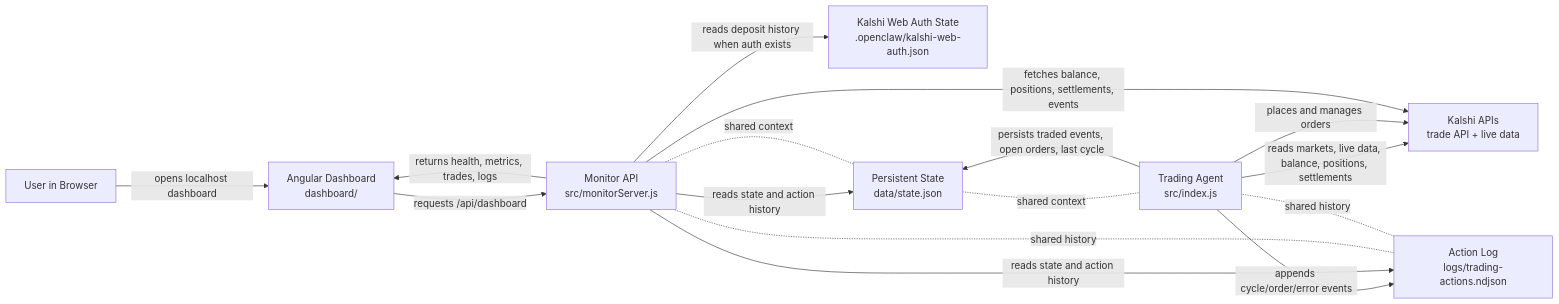
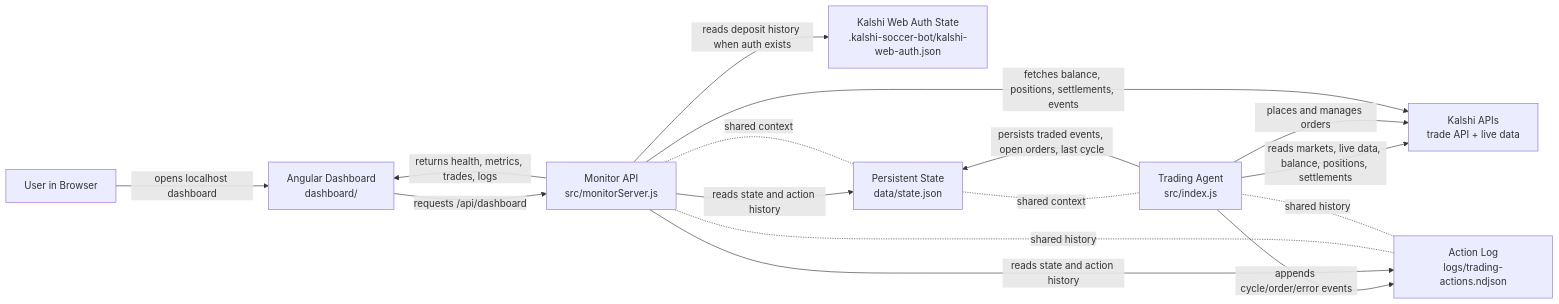
One commit to stephencarvalho/kalshi-soccer-trading-bot changed the diagram in README.md. Above: the diagram before and after it, drawn with Mermaid. The commit also changed other lines of this file and 6 other files, not shown here.

````diff
--- a/README.md
+++ b/README.md
@@ -37,30 +37,30 @@
 ```mermaid
 flowchart LR
     User[User in Browser]
     Dashboard[Angular Dashboard<br/>dashboard/]
     API[Monitor API<br/>src/monitorServer.js]
     Agent[Trading Agent<br/>src/index.js]
     Kalshi[Kalshi APIs<br/>trade API + live data]
-    WebAuth[Kalshi Web Auth State<br/>.openclaw/kalshi-web-auth.json]
+    WebAuth[Kalshi Web Auth State<br/>.kalshi-soccer-bot/kalshi-web-auth.json]
     State[Persistent State<br/>data/state.json]
     Logs[Action Log<br/>logs/trading-actions.ndjson]
 
     User -->|opens localhost dashboard| Dashboard
     Dashboard -->|requests /api/dashboard| API
     API -->|returns health, metrics, trades, logs| Dashboard
 
     Agent -->|reads markets, live data, balance, positions, settlements| Kalshi
     Agent -->|places and manages orders| Kalshi
     Agent -->|persists traded events, open orders, last cycle| State
     Agent -->|appends cycle/order/error events| Logs
 
     API -->|reads state and action history| State
     API -->|reads state and action history| Logs
     API -->|fetches balance, positions, settlements, events| Kalshi
     API -->|reads deposit history when auth exists| WebAuth
 
     State -. shared context .- API
     State -. shared context .- Agent
     Logs -. shared history .- API
     Logs -. shared history .- Agent
 ```
````
